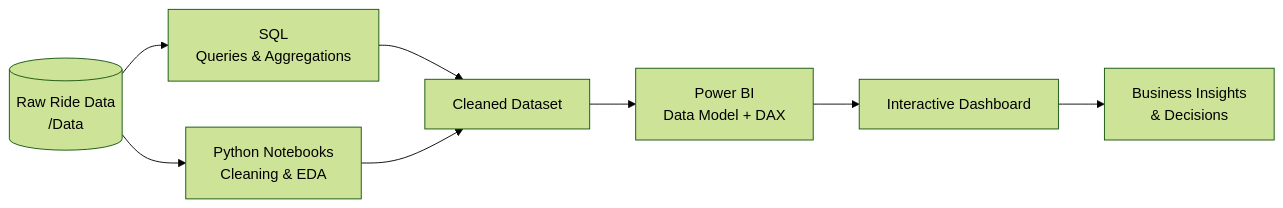
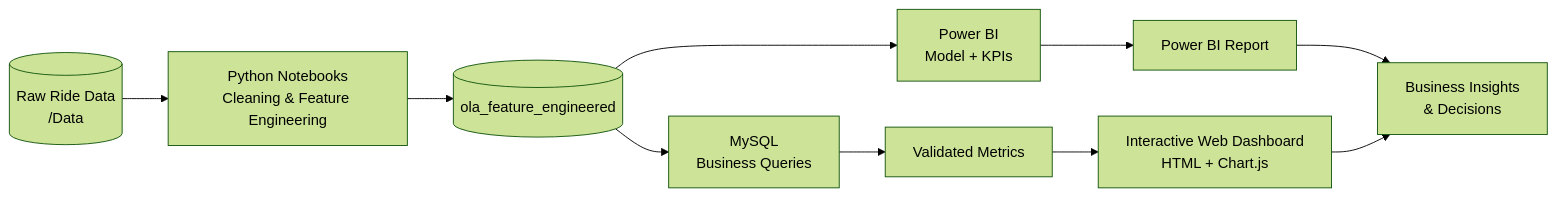
Before and after one commit to Vishal-Dokhe/Ola-Ride-Analytics-PowerBI: the diagram in README.md, drawn with Mermaid (forest theme). The commit also changed other lines of this file, not shown here.

````diff
--- a/README.md
+++ b/README.md
@@ -121,10 +112,12 @@
 ```mermaid
 flowchart LR
-    A[(Raw Ride Data<br/>/Data)] --> B[SQL<br/>Queries & Aggregations]
-    A --> C[Python Notebooks<br/>Cleaning & EDA]
-    B --> D[Cleaned Dataset]
-    C --> D
-    D --> E[Power BI<br/>Data Model + DAX]
-    E --> F[Interactive Dashboard]
-    F --> G[Business Insights<br/>& Decisions]
+    A[(Raw Ride Data<br/>/Data)] --> B[Python Notebooks<br/>Cleaning & Feature Engineering]
+    B --> C[(ola_feature_engineered)]
+    C --> D[MySQL<br/>Business Queries]
+    C --> E[Power BI<br/>Model + KPIs]
+    D --> F[Validated Metrics]
+    E --> G[Power BI Report]
+    F --> H[Interactive Web Dashboard<br/>HTML + Chart.js]
+    G --> I[Business Insights<br/>& Decisions]
+    H --> I
 ```
````
